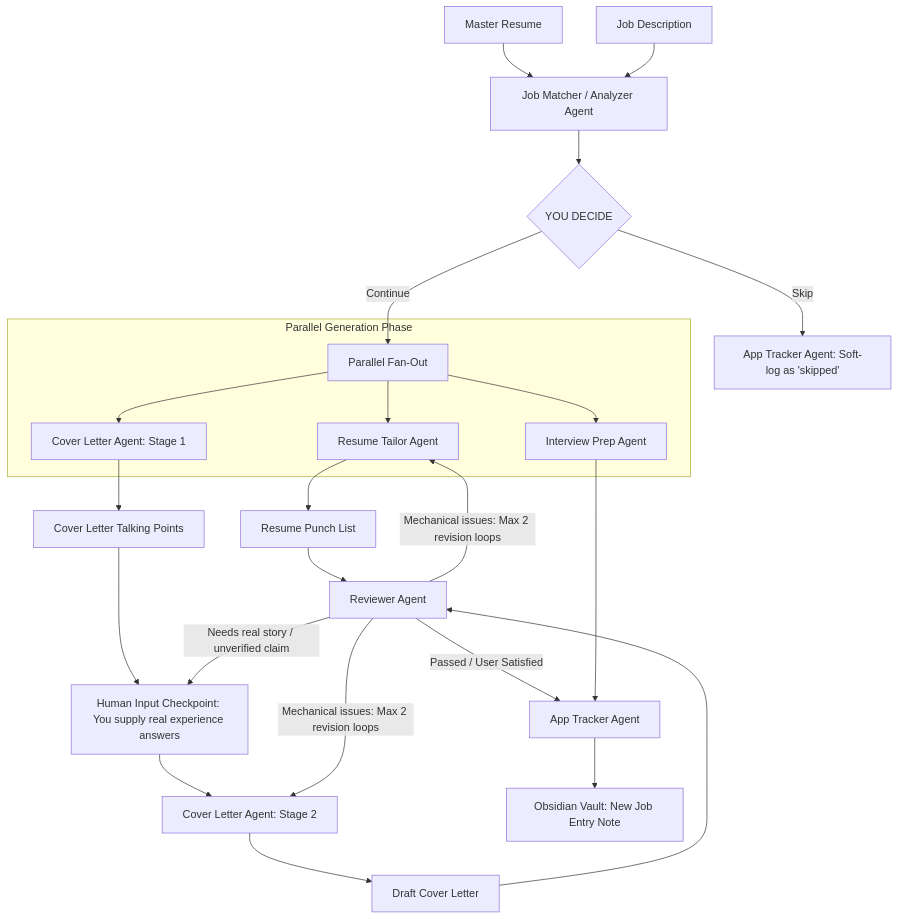
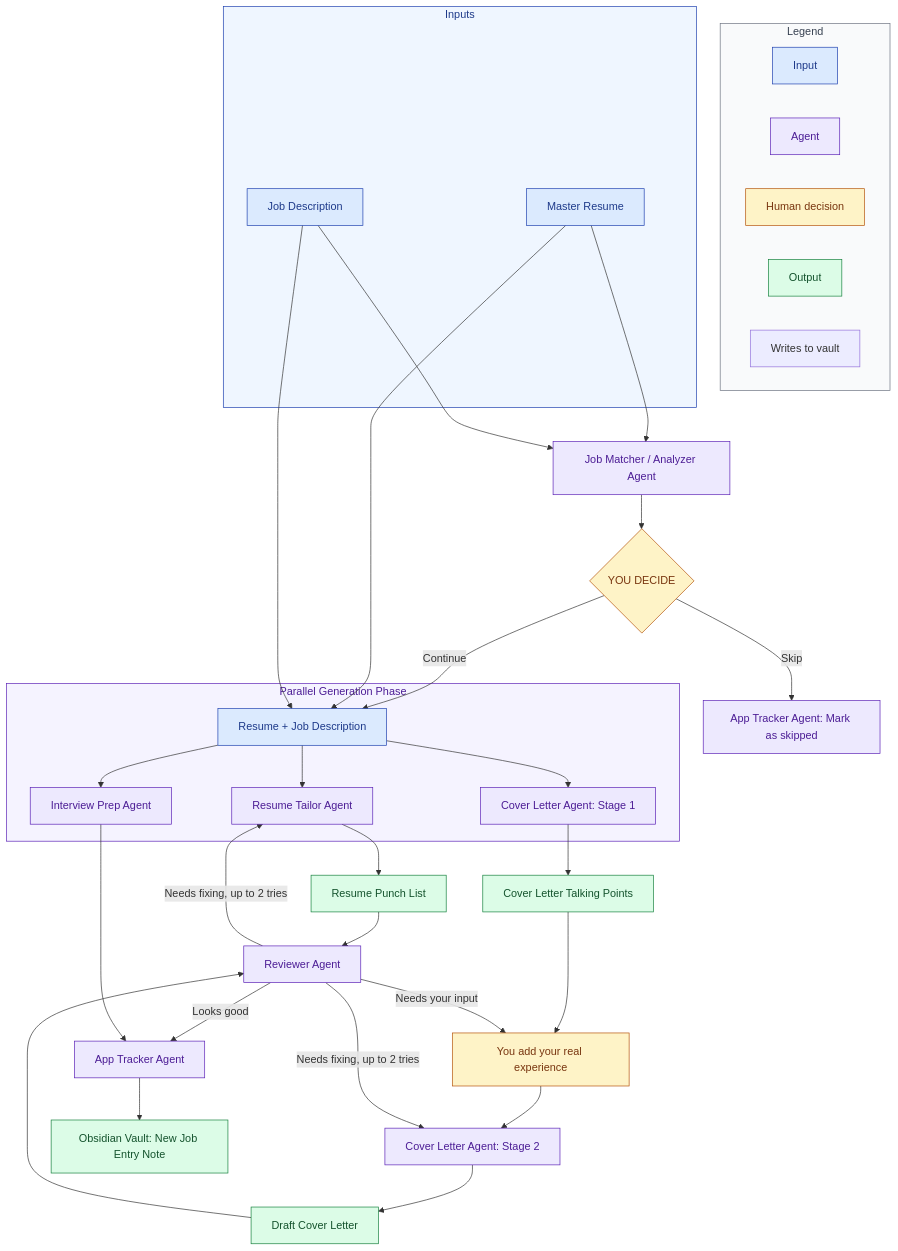
One commit to vincenttchi/cairn-for-jobs changed the second of 2 diagrams in README.md. Above: the diagram before and after it, drawn with Mermaid. The commit also changed other lines of this file and 1 other file, not shown here.

Commit message:
Phase 2: Refined pipeline diagrams, added progress checklist, added simple agentic flow diagram, and added diagram descriptions in README.md. Initiated dev logs and retroactively added notes for phases 0-2.

````diff
--- a/README.md
+++ b/README.md
@@ -49,26 +81,58 @@
 ```mermaid
 flowchart TD
-    A[Master Resume] --> C[Job Matcher / Analyzer Agent]
-    B[Job Description] --> C
+    subgraph legendGroup["Legend"]
+        LG1[Input]
+        LG2[Agent]
+        LG3[Human decision]
+        LG4[Output]
+        LG5[Writes to vault]
+    end
+
+    subgraph inputsGroup["Inputs"]
+        A[Master Resume]
+        B[Job Description]
+    end
+    A --> C[Job Matcher / Analyzer Agent]
+    B --> C
     C --> D{YOU DECIDE}
-    D -->|Skip| E[App Tracker Agent: Soft-log as 'skipped']
-    D -->|Continue| F[Parallel Fan-Out]
-    subgraph Parallel Generation Phase
+    D -->|Skip| E[App Tracker Agent: Mark as skipped]
+    D -->|Continue| F[Resume + Job Description]
+    A --> F
+    B --> F
+    subgraph genGroup["Parallel Generation Phase"]
         F --> G1[Resume Tailor Agent]
         F --> G2[Cover Letter Agent: Stage 1]
         F --> G3[Interview Prep Agent]
     end
     G1 --> H1[Resume Punch List]
     G2 --> H2[Cover Letter Talking Points]
-    H2 --> I[Human Input Checkpoint: You supply real experience answers]
+    H2 --> I[You add your real experience]
     I --> J[Cover Letter Agent: Stage 2]
     J --> K[Draft Cover Letter]
     H1 --> L[Reviewer Agent]
     K --> L
-    L -->|Mechanical issues: Max 2 revision loops| G1
-    L -->|Mechanical issues: Max 2 revision loops| J
-    L -->|Needs real story / unverified claim| I
-    L -->|Passed / User Satisfied| M[App Tracker Agent]
+    L -->|Needs fixing, up to 2 tries| G1
+    L -->|Needs fixing, up to 2 tries| J
+    L -->|Needs your input| I
+    L -->|Looks good| M[App Tracker Agent]
     G3 --> M
     M --> N[Obsidian Vault: New Job Entry Note]
+
+    classDef input fill:#dbeafe,stroke:#1e40af,color:#1e3a8a
+    classDef agent fill:#ede9fe,stroke:#5b21b6,color:#4c1d95
+    classDef human fill:#fef3c7,stroke:#b45309,color:#78350f
+    classDef output fill:#dcfce7,stroke:#15803d,color:#14532d
+
+    class LG1 input
+    class LG2 agent
+    class LG3 human
+    class LG4 output
+    class A,B,F input
+    class C,G1,G2,G3,J,L,E,M agent
+    class D,I human
+    class H1,H2,K,N output
+
+    style inputsGroup fill:#eff6ff,stroke:#1e40af,color:#1e3a8a
+    style genGroup fill:#f5f3ff,stroke:#5b21b6,color:#4c1d95
+    style legendGroup fill:#f9fafb,stroke:#6b7280,color:#374151
 ```
````
